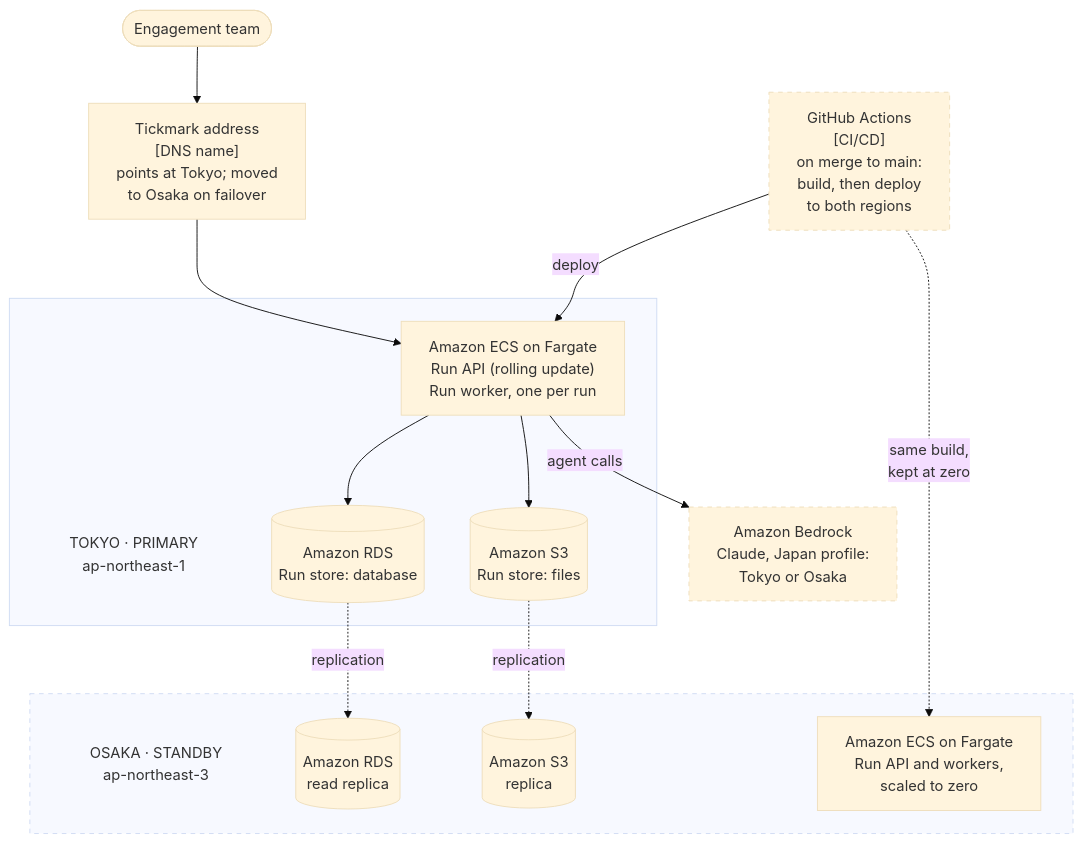
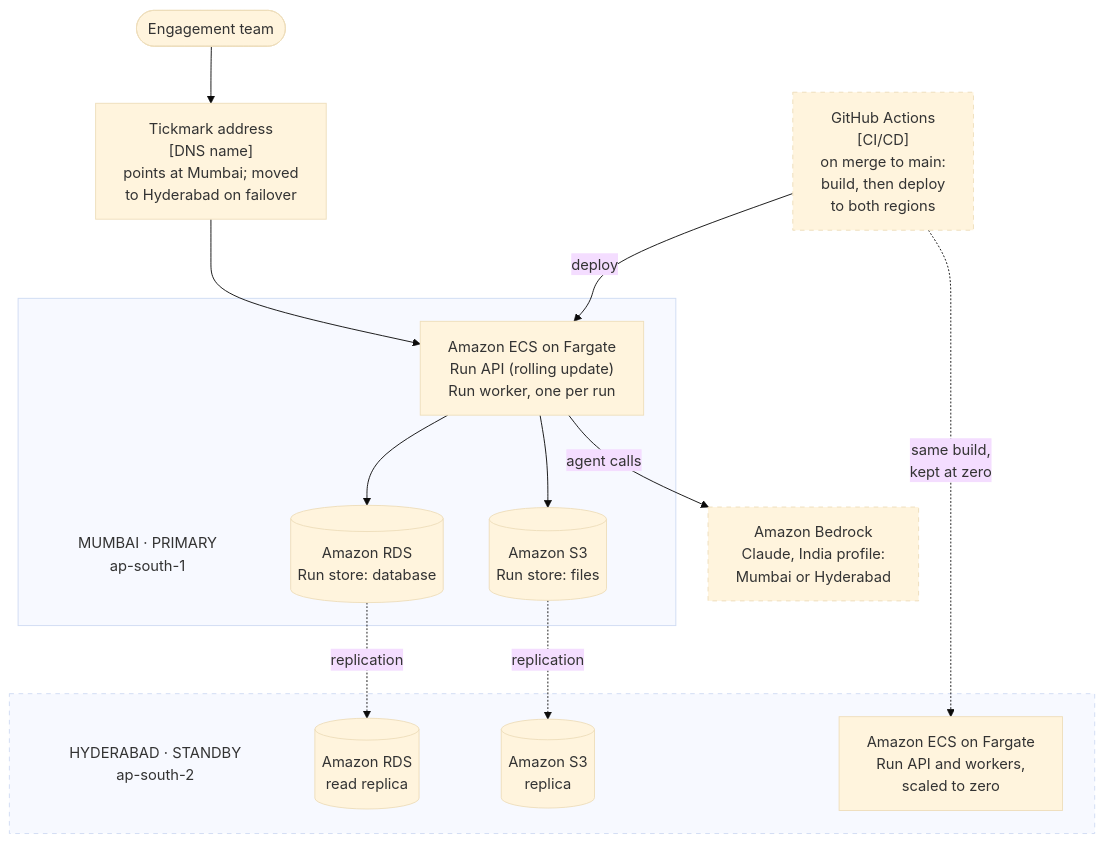
One commit to HashanEranga/tickmark changed the diagram in docs/diagrams/c4-deployment.md. Above: the diagram before and after it, drawn with Mermaid (base theme). The commit also changed other lines of this file and 8 other files, not shown here.

````diff
--- a/docs/diagrams/c4-deployment.md
+++ b/docs/diagrams/c4-deployment.md
@@ -5,37 +5,37 @@
 ```mermaid
 flowchart TB
     team(["Engagement team"])
-    dns["Tickmark address<br/>[DNS name]<br/>points at Tokyo; moved<br/>to Osaka on failover"]
+    dns["Tickmark address<br/>[DNS name]<br/>points at Mumbai; moved<br/>to Hyderabad on failover"]
     gh["GitHub Actions<br/>[CI/CD]<br/>on merge to main:<br/>build, then deploy<br/>to both regions"]
 
-    subgraph tokyo[" "]
-        tokyoTag["TOKYO · PRIMARY<br/>ap-northeast-1"]
-        ecsT["Amazon ECS on Fargate<br/>Run API (rolling update)<br/>Run worker, one per run"]
-        rdsT[("Amazon RDS<br/>Run store: database")]
-        s3T[("Amazon S3<br/>Run store: files")]
+    subgraph mumbai[" "]
+        mumbaiTag["MUMBAI · PRIMARY<br/>ap-south-1"]
+        ecsM["Amazon ECS on Fargate<br/>Run API (rolling update)<br/>Run worker, one per run"]
+        rdsM[("Amazon RDS<br/>Run store: database")]
+        s3M[("Amazon S3<br/>Run store: files")]
     end
 
-    bedrock["Amazon Bedrock<br/>Claude, Japan profile:<br/>Tokyo or Osaka"]
+    bedrock["Amazon Bedrock<br/>Claude, India profile:<br/>Mumbai or Hyderabad"]
 
-    subgraph osaka[" "]
-        osakaTag["OSAKA · STANDBY<br/>ap-northeast-3"]
-        rdsO[("Amazon RDS<br/>read replica")]
-        s3O[("Amazon S3<br/>replica")]
-        ecsO["Amazon ECS on Fargate<br/>Run API and workers,<br/>scaled to zero"]
+    subgraph hyderabad[" "]
+        hyderabadTag["HYDERABAD · STANDBY<br/>ap-south-2"]
+        rdsH[("Amazon RDS<br/>read replica")]
+        s3H[("Amazon S3<br/>replica")]
+        ecsH["Amazon ECS on Fargate<br/>Run API and workers,<br/>scaled to zero"]
     end
 
-    gh -->|"deploy"| ecsT
-    gh -.->|"same build,<br/>kept at zero"| ecsO
-    team --> dns --> ecsT
-    ecsT --> rdsT
-    ecsT --> s3T
-    ecsT -->|"agent calls"| bedrock
-    rdsT -.->|"replication"| rdsO
-    s3T -.->|"replication"| s3O
+    gh -->|"deploy"| ecsM
+    gh -.->|"same build,<br/>kept at zero"| ecsH
+    team --> dns --> ecsM
+    ecsM --> rdsM
+    ecsM --> s3M
+    ecsM -->|"agent calls"| bedrock
+    rdsM -.->|"replication"| rdsH
+    s3M -.->|"replication"| s3H
 
     classDef tag fill:none,stroke:none
     classDef external stroke-dasharray: 5 5
-    class tokyoTag,osakaTag tag
+    class mumbaiTag,hyderabadTag tag
     class bedrock,gh external
-    style osaka stroke-dasharray: 5 5
+    style hyderabad stroke-dasharray: 5 5
 ```
````
